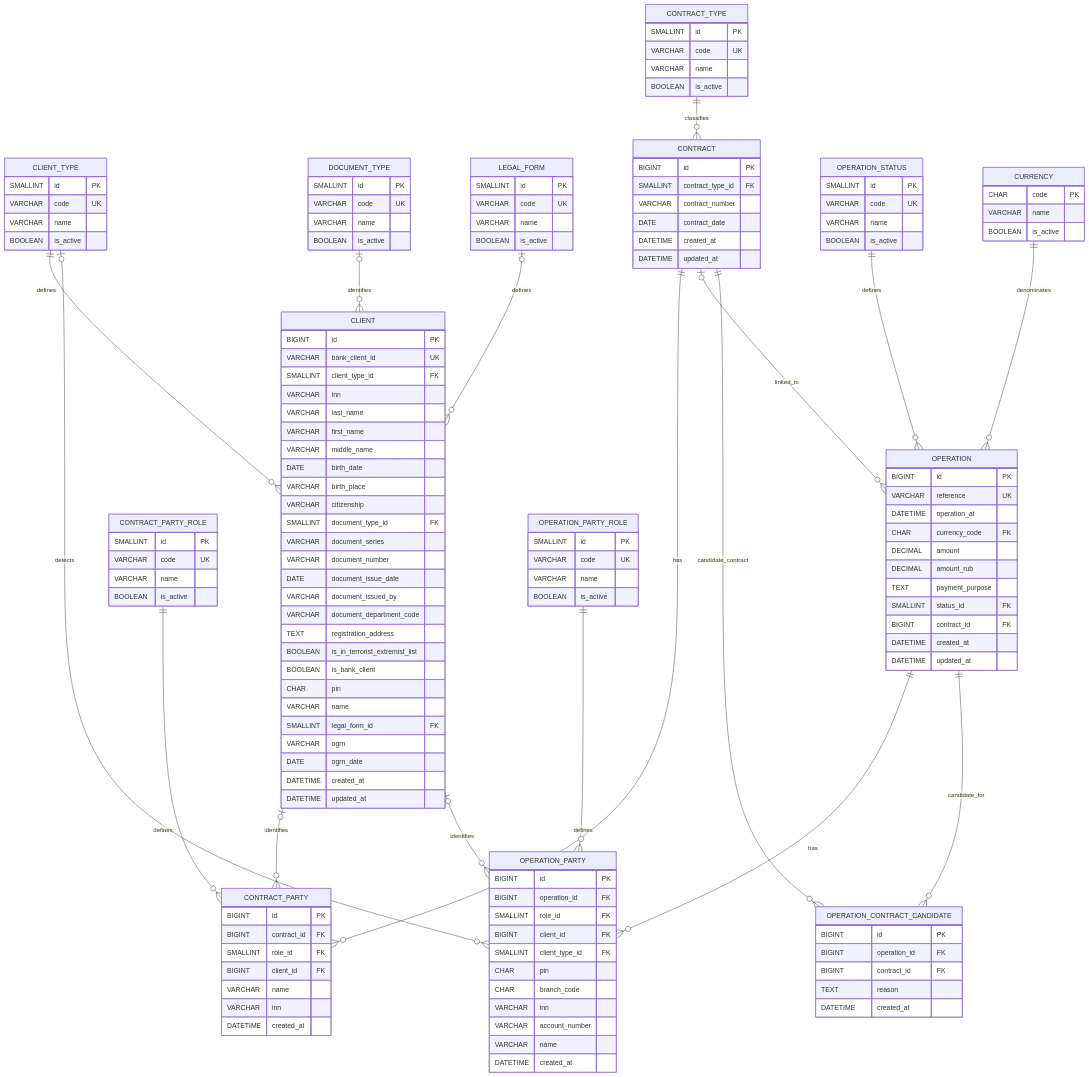
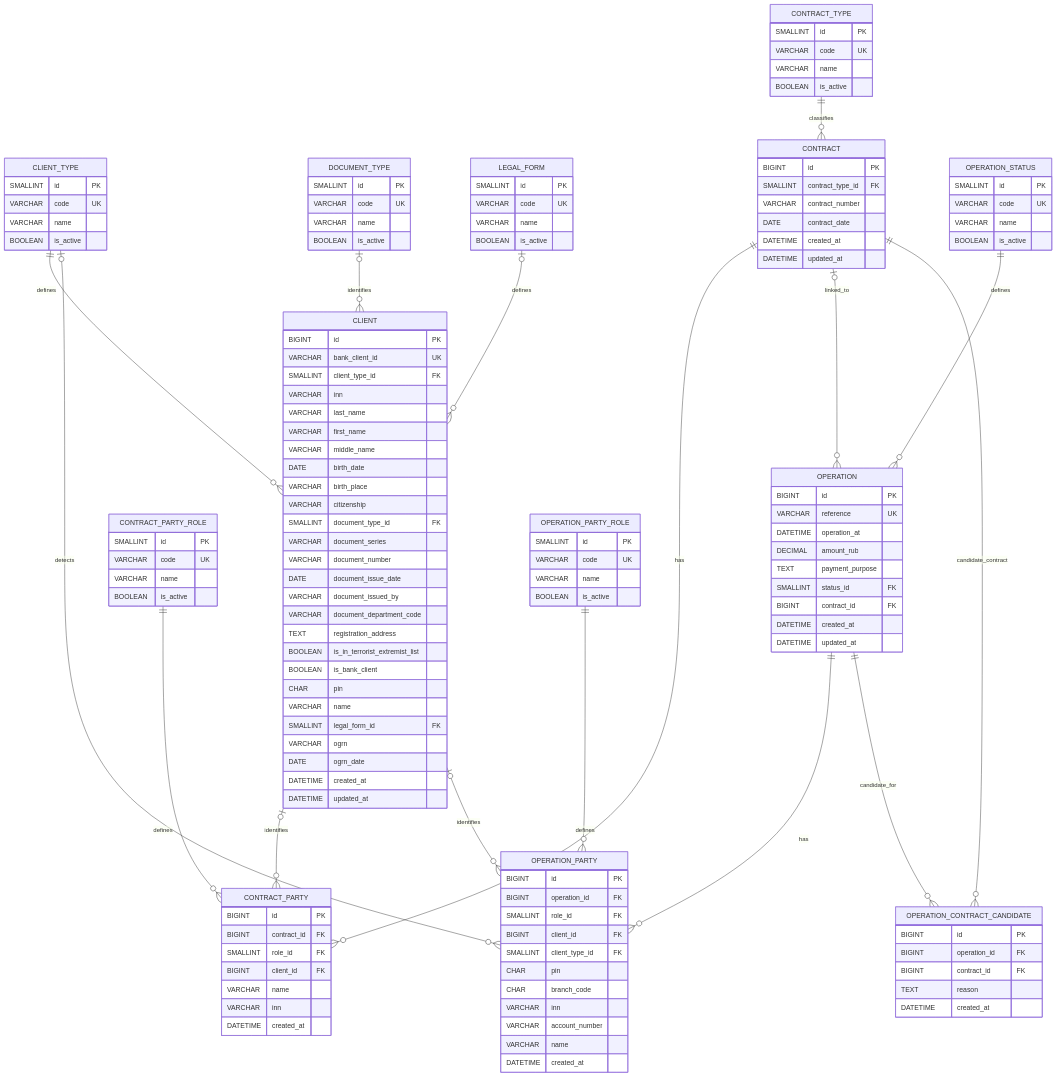
One commit to kub1ce/alpha-matcher changed the diagram in docs/database/er-diagram.mmd. Above: the diagram before and after it, drawn with Mermaid. The commit also changed 3 other files, not shown here.

Commit message:
Remove currency table and related fields from operation schema for MVP simplification

```diff
--- a/docs/database/er-diagram.mmd
+++ b/docs/database/er-diagram.mmd
@@ -1,161 +1,152 @@
 erDiagram
     CLIENT_TYPE ||--o{ CLIENT : defines
     DOCUMENT_TYPE o|--o{ CLIENT : identifies
     LEGAL_FORM o|--o{ CLIENT : defines
 
     CONTRACT_TYPE ||--o{ CONTRACT : classifies
     CONTRACT ||--o{ CONTRACT_PARTY : has
     CONTRACT_PARTY_ROLE ||--o{ CONTRACT_PARTY : defines
     CLIENT o|--o{ CONTRACT_PARTY : identifies
 
     OPERATION_STATUS ||--o{ OPERATION : defines
-    CURRENCY ||--o{ OPERATION : denominates
     CONTRACT o|--o{ OPERATION : linked_to
 
     OPERATION ||--o{ OPERATION_PARTY : has
     OPERATION_PARTY_ROLE ||--o{ OPERATION_PARTY : defines
     CLIENT o|--o{ OPERATION_PARTY : identifies
     CLIENT_TYPE o|--o{ OPERATION_PARTY : detects
 
     OPERATION ||--o{ OPERATION_CONTRACT_CANDIDATE : candidate_for
     CONTRACT ||--o{ OPERATION_CONTRACT_CANDIDATE : candidate_contract
 
 
     CLIENT_TYPE {
         SMALLINT id PK
         VARCHAR code UK
         VARCHAR name
         BOOLEAN is_active
     }
 
     DOCUMENT_TYPE {
         SMALLINT id PK
         VARCHAR code UK
         VARCHAR name
         BOOLEAN is_active
     }
 
     LEGAL_FORM {
         SMALLINT id PK
         VARCHAR code UK
         VARCHAR name
         BOOLEAN is_active
     }
 
     CLIENT {
         BIGINT id PK
         VARCHAR bank_client_id UK
         SMALLINT client_type_id FK
         VARCHAR inn
         VARCHAR last_name
         VARCHAR first_name
         VARCHAR middle_name
         DATE birth_date
         VARCHAR birth_place
         VARCHAR citizenship
         SMALLINT document_type_id FK
         VARCHAR document_series
         VARCHAR document_number
         DATE document_issue_date
         VARCHAR document_issued_by
         VARCHAR document_department_code
         TEXT registration_address
         BOOLEAN is_in_terrorist_extremist_list
         BOOLEAN is_bank_client
         CHAR pin
         VARCHAR name
         SMALLINT legal_form_id FK
         VARCHAR ogrn
         DATE ogrn_date
         DATETIME created_at
         DATETIME updated_at
     }
 
     CONTRACT_TYPE {
         SMALLINT id PK
         VARCHAR code UK
         VARCHAR name
         BOOLEAN is_active
     }
 
     CONTRACT {
         BIGINT id PK
         SMALLINT contract_type_id FK
         VARCHAR contract_number
         DATE contract_date
         DATETIME created_at
         DATETIME updated_at
     }
 
     CONTRACT_PARTY_ROLE {
         SMALLINT id PK
         VARCHAR code UK
         VARCHAR name
         BOOLEAN is_active
     }
 
     CONTRACT_PARTY {
         BIGINT id PK
         BIGINT contract_id FK
         SMALLINT role_id FK
         BIGINT client_id FK
         VARCHAR name
         VARCHAR inn
         DATETIME created_at
     }
 
     OPERATION_STATUS {
         SMALLINT id PK
         VARCHAR code UK
         VARCHAR name
         BOOLEAN is_active
     }
 
-    CURRENCY {
-        CHAR code PK
-        VARCHAR name
-        BOOLEAN is_active
-    }
-
     OPERATION {
         BIGINT id PK
         VARCHAR reference UK
         DATETIME operation_at
-        CHAR currency_code FK
-        DECIMAL amount
         DECIMAL amount_rub
         TEXT payment_purpose
         SMALLINT status_id FK
         BIGINT contract_id FK
         DATETIME created_at
         DATETIME updated_at
     }
 
     OPERATION_PARTY_ROLE {
         SMALLINT id PK
         VARCHAR code UK
         VARCHAR name
         BOOLEAN is_active
     }
 
     OPERATION_PARTY {
         BIGINT id PK
         BIGINT operation_id FK
         SMALLINT role_id FK
         BIGINT client_id FK
         SMALLINT client_type_id FK
         CHAR pin
         CHAR branch_code
         VARCHAR inn
         VARCHAR account_number
         VARCHAR name
         DATETIME created_at
     }
 
     OPERATION_CONTRACT_CANDIDATE {
         BIGINT id PK
         BIGINT operation_id FK
         BIGINT contract_id FK
         TEXT reason
         DATETIME created_at
     }
```
